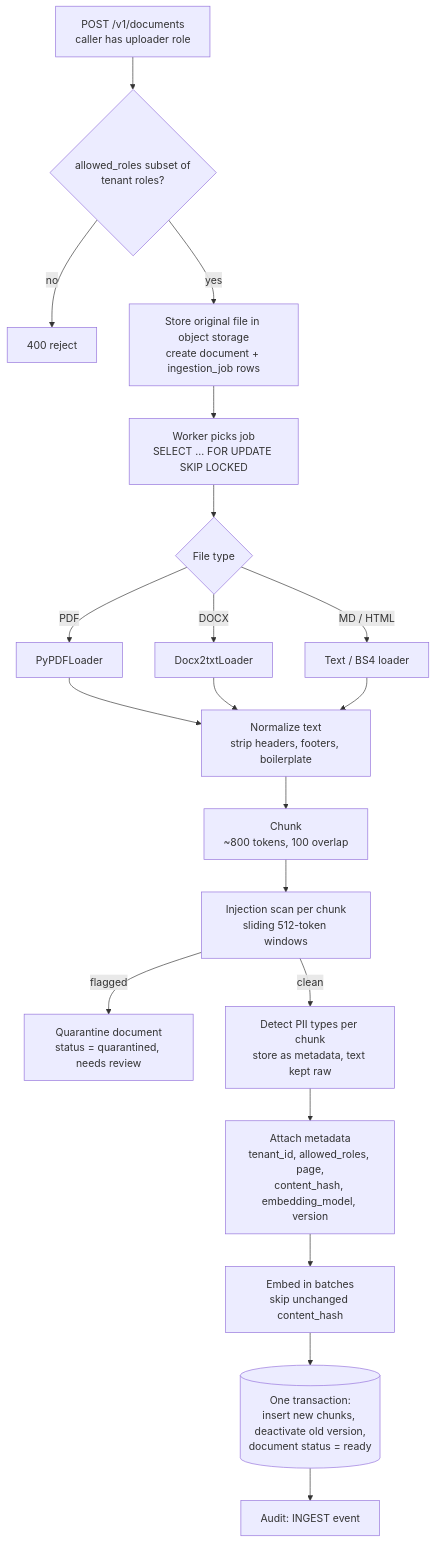
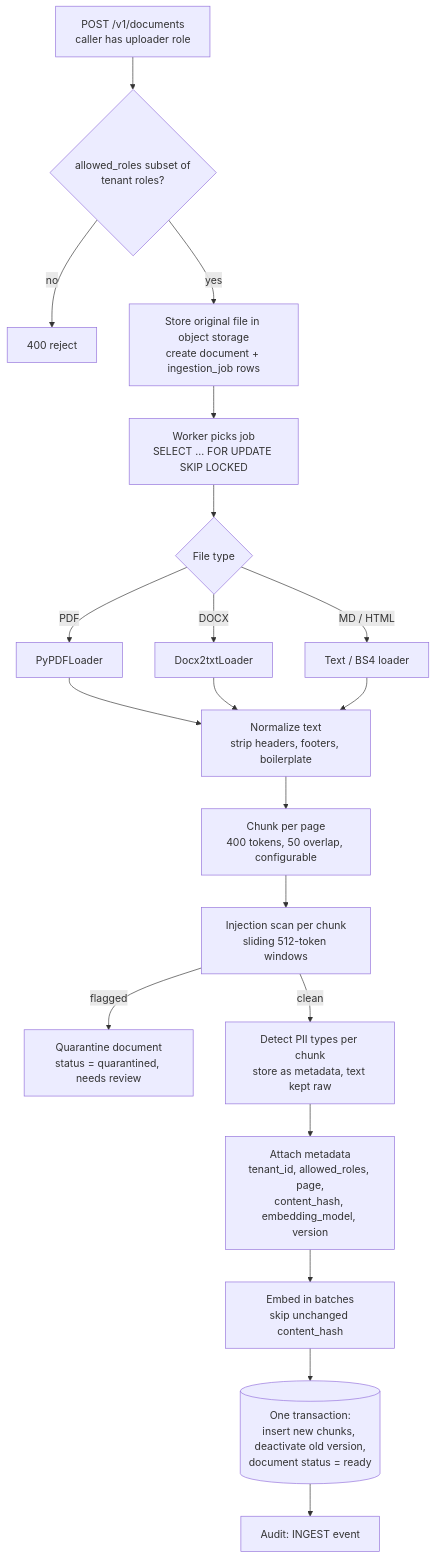
One commit to shashank934602/secure-rag changed the second of 7 diagrams in docs/architecture.md. Above: the diagram before and after it, drawn with Mermaid. The commit also changed 5 other files, not shown here.

````diff
--- a/docs/architecture.md
+++ b/docs/architecture.md
@@ -128,20 +128,20 @@
 ```mermaid
 flowchart TD
     A[POST /v1/documents<br/>caller has uploader role] --> V{allowed_roles subset of<br/>tenant roles?}
     V -->|no| X[400 reject]
     V -->|yes| S[Store original file in object storage<br/>create document + ingestion_job rows]
     S --> W[Worker picks job<br/>SELECT ... FOR UPDATE SKIP LOCKED]
     W --> L{File type}
     L -->|PDF| C1[PyPDFLoader]
     L -->|DOCX| C2[Docx2txtLoader]
     L -->|MD / HTML| C3[Text / BS4 loader]
     C1 & C2 & C3 --> N[Normalize text<br/>strip headers, footers, boilerplate]
-    N --> K[Chunk<br/>~800 tokens, 100 overlap]
+    N --> K[Chunk per page<br/>400 tokens, 50 overlap, configurable]
     K --> I[Injection scan per chunk<br/>sliding 512-token windows]
     I -->|flagged| Q[Quarantine document<br/>status = quarantined, needs review]
     I -->|clean| P[Detect PII types per chunk<br/>store as metadata, text kept raw]
     P --> M[Attach metadata<br/>tenant_id, allowed_roles, page,<br/>content_hash, embedding_model, version]
     M --> E[Embed in batches<br/>skip unchanged content_hash]
     E --> T[(One transaction:<br/>insert new chunks, deactivate old version,<br/>document status = ready)]
     T --> AU[Audit: INGEST event]
 ```
````
